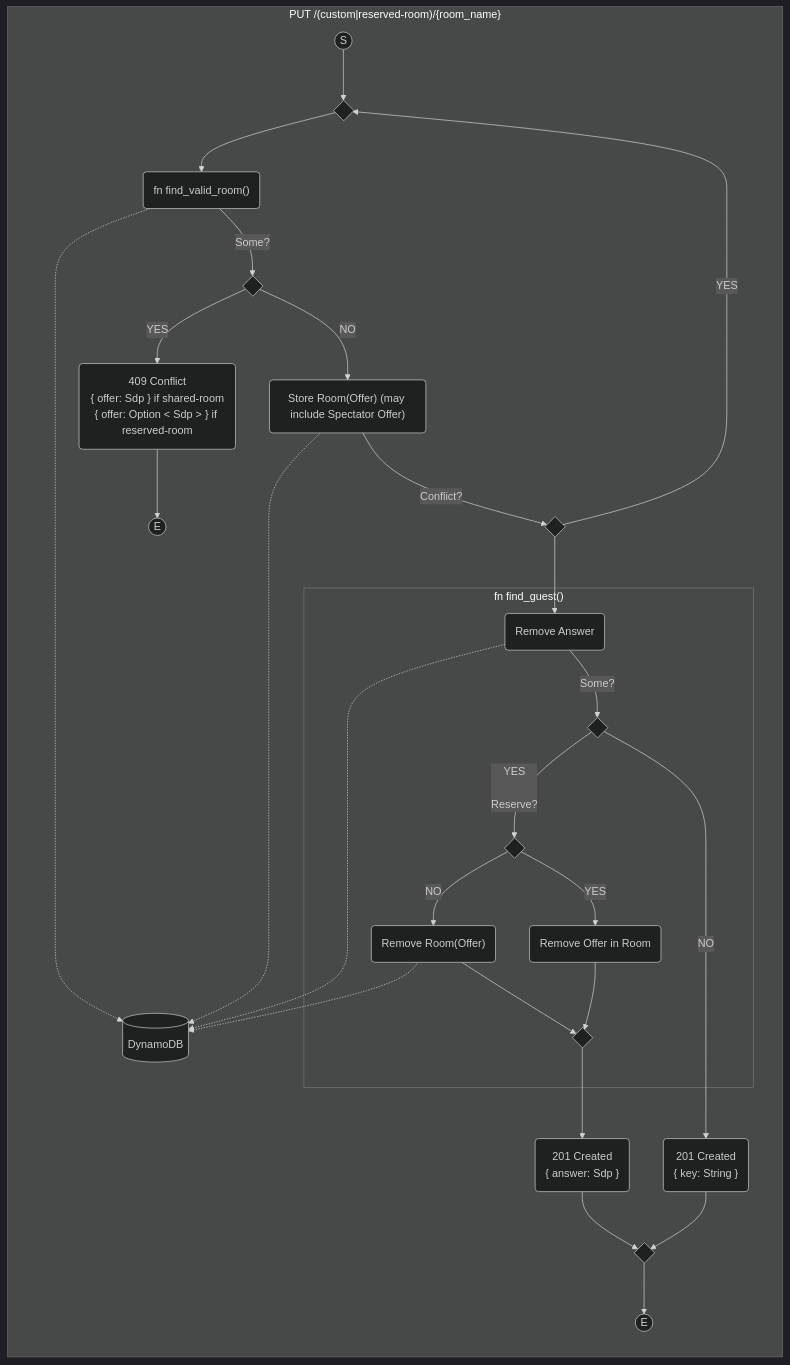
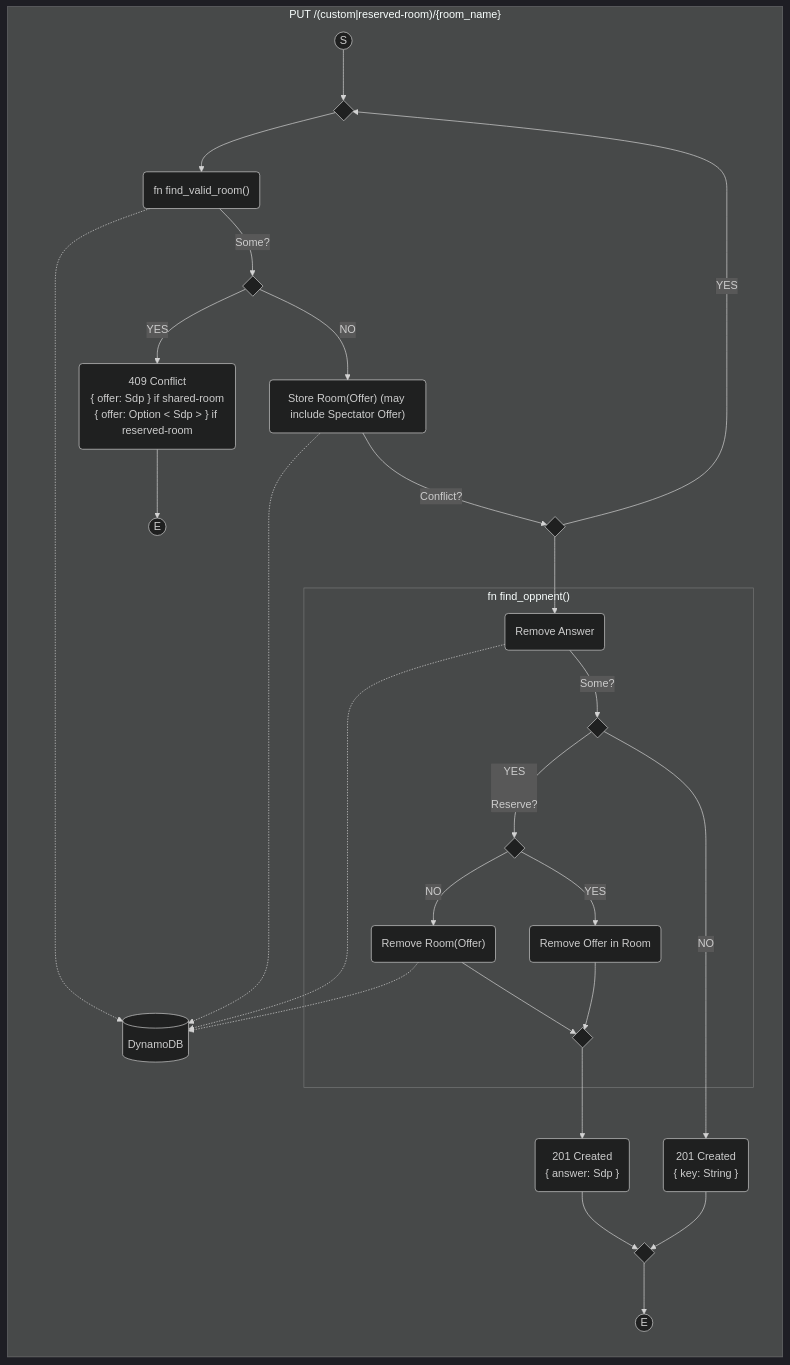
Before and after one commit to progre/junowen: the second of 8 diagrams in junowen-server/docs/activity-diagrams.md, drawn with Mermaid (dark theme). The commit also changed other lines of this file and 15 other files, not shown here.

````diff
--- a/junowen-server/docs/activity-diagrams.md
+++ b/junowen-server/docs/activity-diagrams.md
@@ -39,46 +39,46 @@
 ```mermaid
 flowchart TB
   DB[(DynamoDB)]
   0065 -.-> DB
 
   subgraph 0000 ["PUT /(custom|reserved-room)/{room_name}"]
     direction TB
     0001((S))
     0001 --> 0005{ }
     0005 --> 0010("fn find_valid_room()")
     0010 -.-> DB
     0010 -- Some? --> 0015{ }
       0015 -- YES --> 0020("409 Conflict<br>{ offer: Sdp } if shared-room<br>{ offer: Option < Sdp > } if reserved-room")
       0020 --> 0125((E))
       %% return
     0015 -- NO --> 0050("Store Room(Offer) (may include Spectator Offer)")
     0050 -.-> DB
     0050 -- Conflict? --> 0055{ }
 
     0055 -- YES --> 0005
 
     0055 --> 0065(Remove Answer)
 
     0100 -.-> DB
-    subgraph "fn find_guest()"
+    subgraph "fn find_oppnent()"
       0065 -- Some? --> 0070{ }
         0070 -- YES<br><br>Reserve? --> 0072{ }
           0072 -- NO --> 0100("Remove Room(Offer)")
           0100 --> 0079{ }
           %% goto
         %% else
           0072 -- YES --> 0074("Remove Offer in Room")
           0074 --> 0079{ }
           %% goto
       %% else
         %% goto
     end
     0079 --> 0110("201 Created<br>{ answer: Sdp }")
     0110 --> 0998{ }
 
     0070 -- NO --> 0080("201 Created<br>{ key: String }")
     0080 --> 0998
 
     0998 --> 0999((E))
   end
 ```
````
